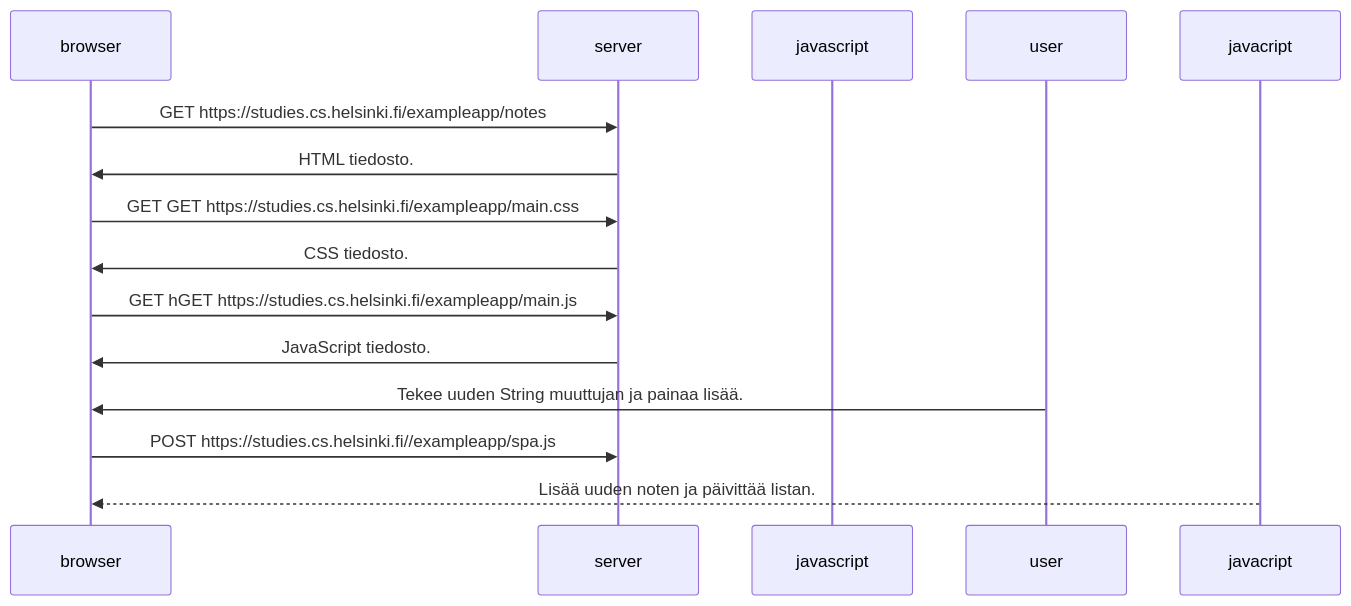
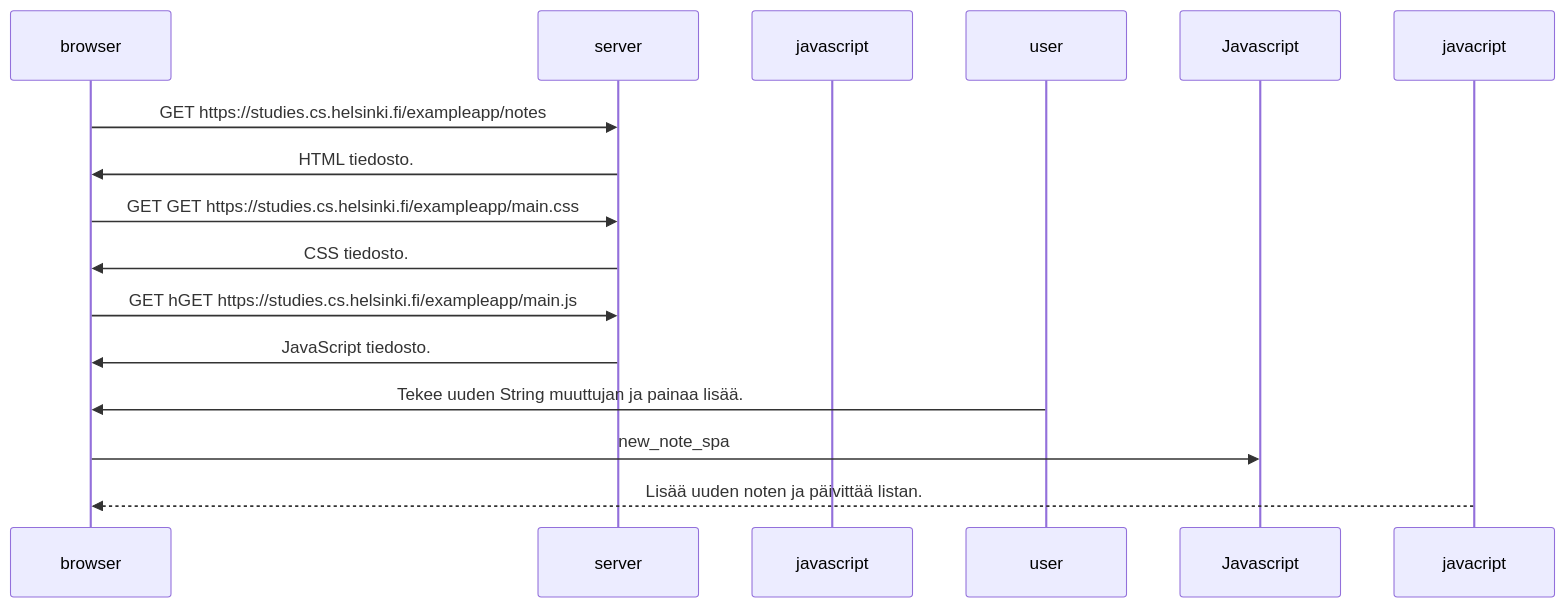
One commit to tailsUp/hyo_fullstack_kurssi changed the diagram in viikko_0/tehtava_6.md. Above: the diagram before and after it, drawn with Mermaid.

````diff
--- a/viikko_0/tehtava_6.md
+++ b/viikko_0/tehtava_6.md
@@ -6,16 +6,16 @@
 ```mermaid
 sequenceDiagram
     participant browser
     participant server
     participant javascript
     participant user
     browser ->>server: GET https://studies.cs.helsinki.fi/exampleapp/notes
     server ->>browser: HTML tiedosto.
     browser ->>server: GET GET https://studies.cs.helsinki.fi/exampleapp/main.css
     server ->>browser: CSS tiedosto.
     browser ->>server: GET hGET https://studies.cs.helsinki.fi/exampleapp/main.js
     server ->>browser: JavaScript tiedosto.
     user ->>browser: Tekee uuden String muuttujan ja painaa lisää.
-    browser->>server: POST https://studies.cs.helsinki.fi//exampleapp/spa.js
+    browser->>Javascript: new_note_spa
     javacript-->>browser: Lisää uuden noten ja päivittää listan.
 ```
````
